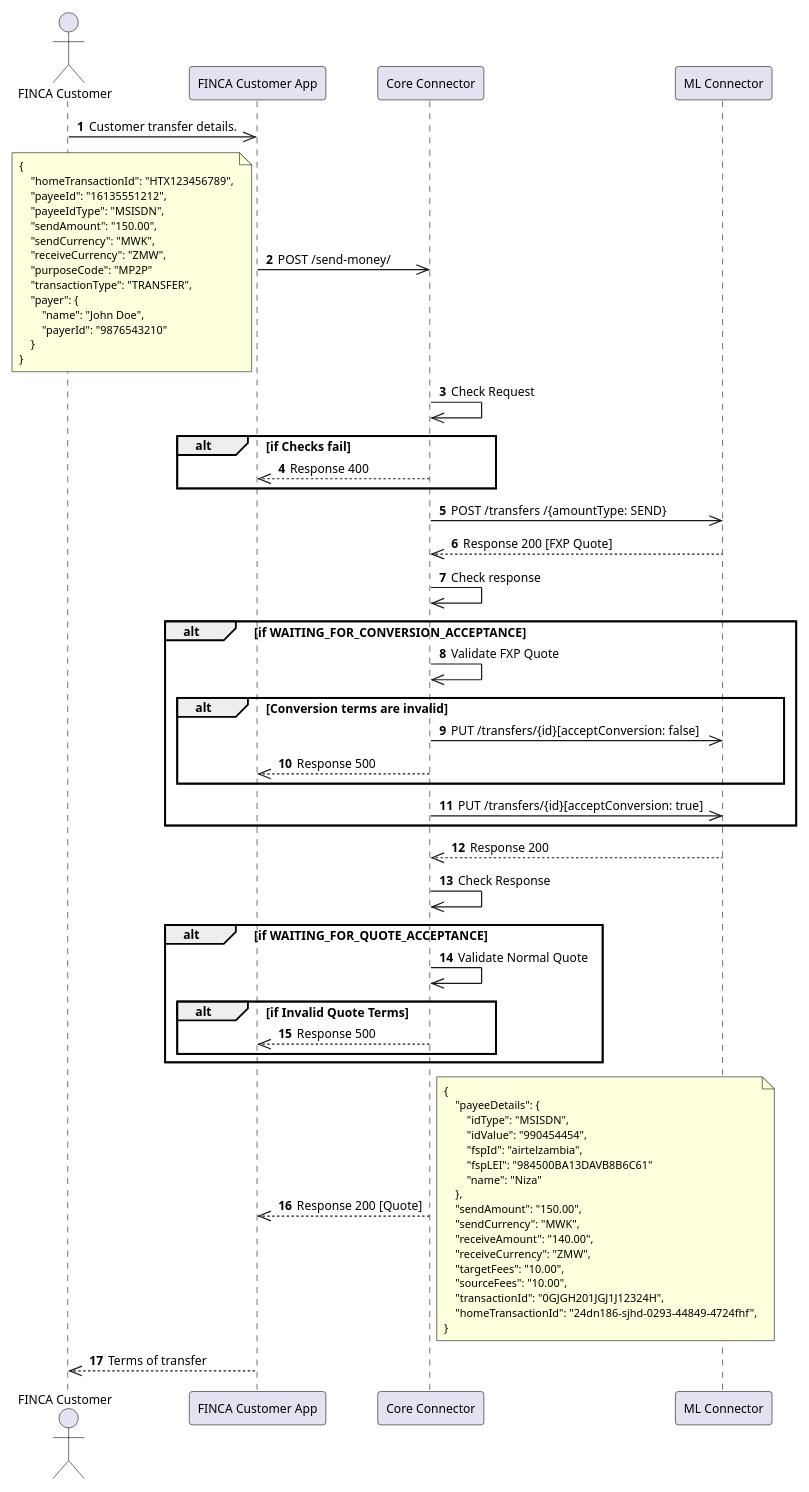
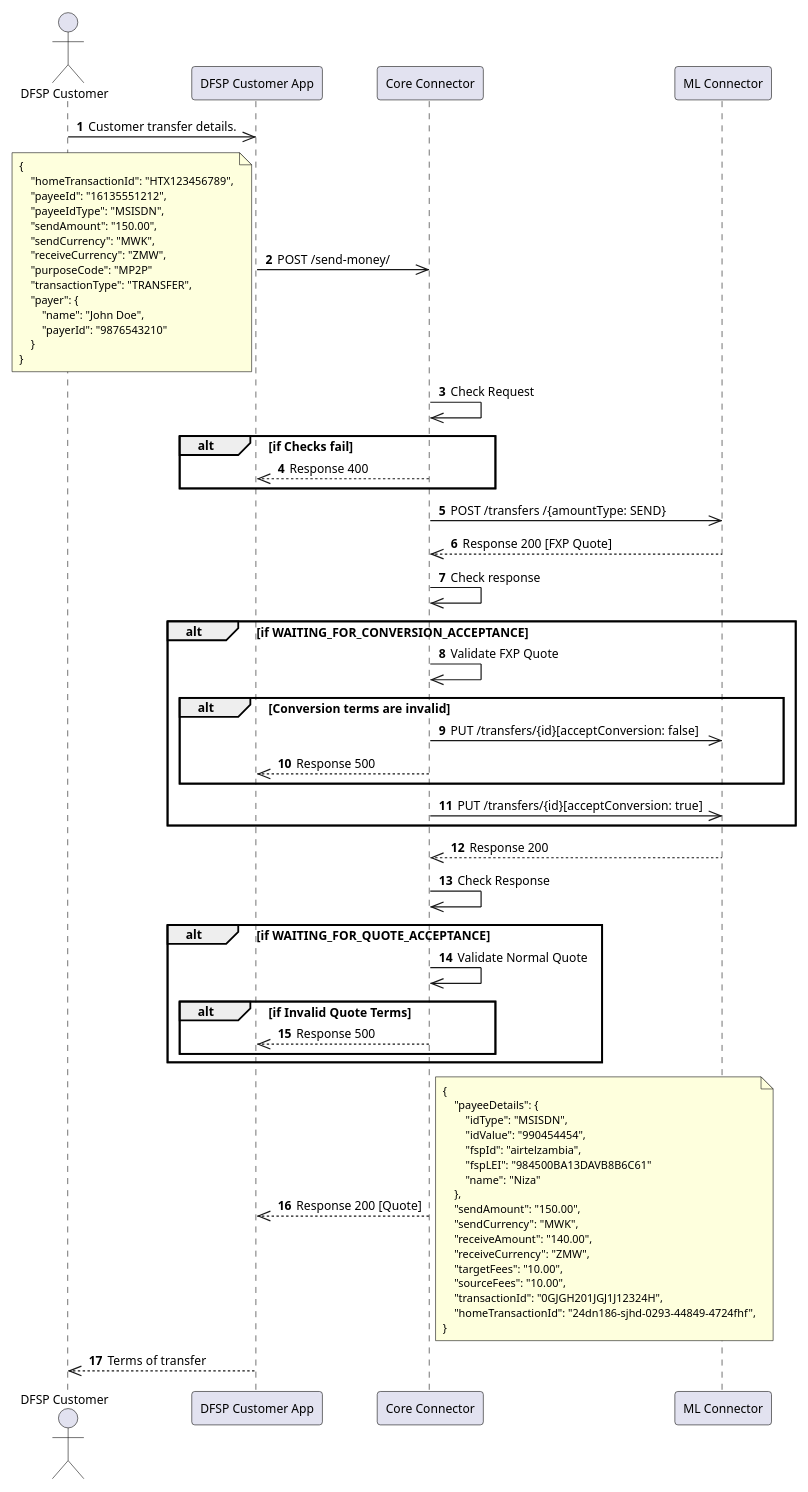
One commit to mojaloop/ml-reference-connectors changed the diagram in packages/core-connector-lib/docs/plantuml-docs/docs/payer/send-money-initiate-transfer.puml. Above: the diagram before and after it, drawn with PlantUML. The commit also changed 5 other files, not shown here.

```diff
--- a/packages/core-connector-lib/docs/plantuml-docs/docs/payer/send-money-initiate-transfer.puml
+++ b/packages/core-connector-lib/docs/plantuml-docs/docs/payer/send-money-initiate-transfer.puml
@@ -1,94 +1,94 @@
 @startuml name="initiate-transfer"
 
 skinparam defaultFontSize 10
 skinparam NoteFontSize 9
 skinparam NoteFontName "Courier New"  ' Monospace font
 skinparam wrapWidth 50                ' Set the width of the note
 
 autonumber
 
-actor "FINCA Customer" as Customer
-participant "FINCA Customer App" as App
+actor "DFSP Customer" as Customer
+participant "DFSP Customer App" as App
 participant "Core Connector" as Core
 participant "ML Connector" as ML
 
 Customer ->> App: Customer transfer details.
 
 
 App ->> Core: POST /send-money/ 
 note left
 {
     "homeTransactionId": "HTX123456789",
     "payeeId": "16135551212",
     "payeeIdType": "MSISDN",
     "sendAmount": "150.00",
     "sendCurrency": "MWK",
     "receiveCurrency": "ZMW",
     "purposeCode": "MP2P"
     "transactionType": "TRANSFER",
     "payer": {
         "name": "John Doe",
         "payerId": "9876543210"
     }
 }
 end note
 
 Core ->> Core: Check Request
 
 alt if Checks fail
     Core -->> App: Response 400
 end
 
 
 
 Core ->> ML: POST /transfers /{amountType: SEND} 
 ML -->> Core: Response 200 [FXP Quote]
 Core ->> Core: Check response
 
 alt if WAITING_FOR_CONVERSION_ACCEPTANCE
     Core ->> Core: Validate FXP Quote
 
     alt Conversion terms are invalid
         Core ->> ML: PUT /transfers/{id}[acceptConversion: false]
         Core -->> App: Response 500
     end
 
     Core ->> ML: PUT /transfers/{id}[acceptConversion: true]
     
 end
 
 ML -->> Core: Response 200
 Core ->> Core: Check Response
 
 alt if WAITING_FOR_QUOTE_ACCEPTANCE
     Core ->> Core: Validate Normal Quote
 
     alt if Invalid Quote Terms
         Core -->> App: Response 500
     end
 end
 
 Core -->> App: Response 200 [Quote]
 note right
 {
     "payeeDetails": {
         "idType": "MSISDN",
         "idValue": "990454454",
         "fspId": "airtelzambia",
         "fspLEI": "984500BA13DAVB8B6C61"
         "name": "Niza"
     },
     "sendAmount": "150.00",
     "sendCurrency": "MWK",
     "receiveAmount": "140.00",
     "receiveCurrency": "ZMW",
     "targetFees": "10.00",
     "sourceFees": "10.00",
     "transactionId": "0GJGH201JGJ1J12324H",
     "homeTransactionId": "24dn186-sjhd-0293-44849-4724fhf",
 }
 end note
 
 App -->> Customer: Terms of transfer
 
 @enduml
```
